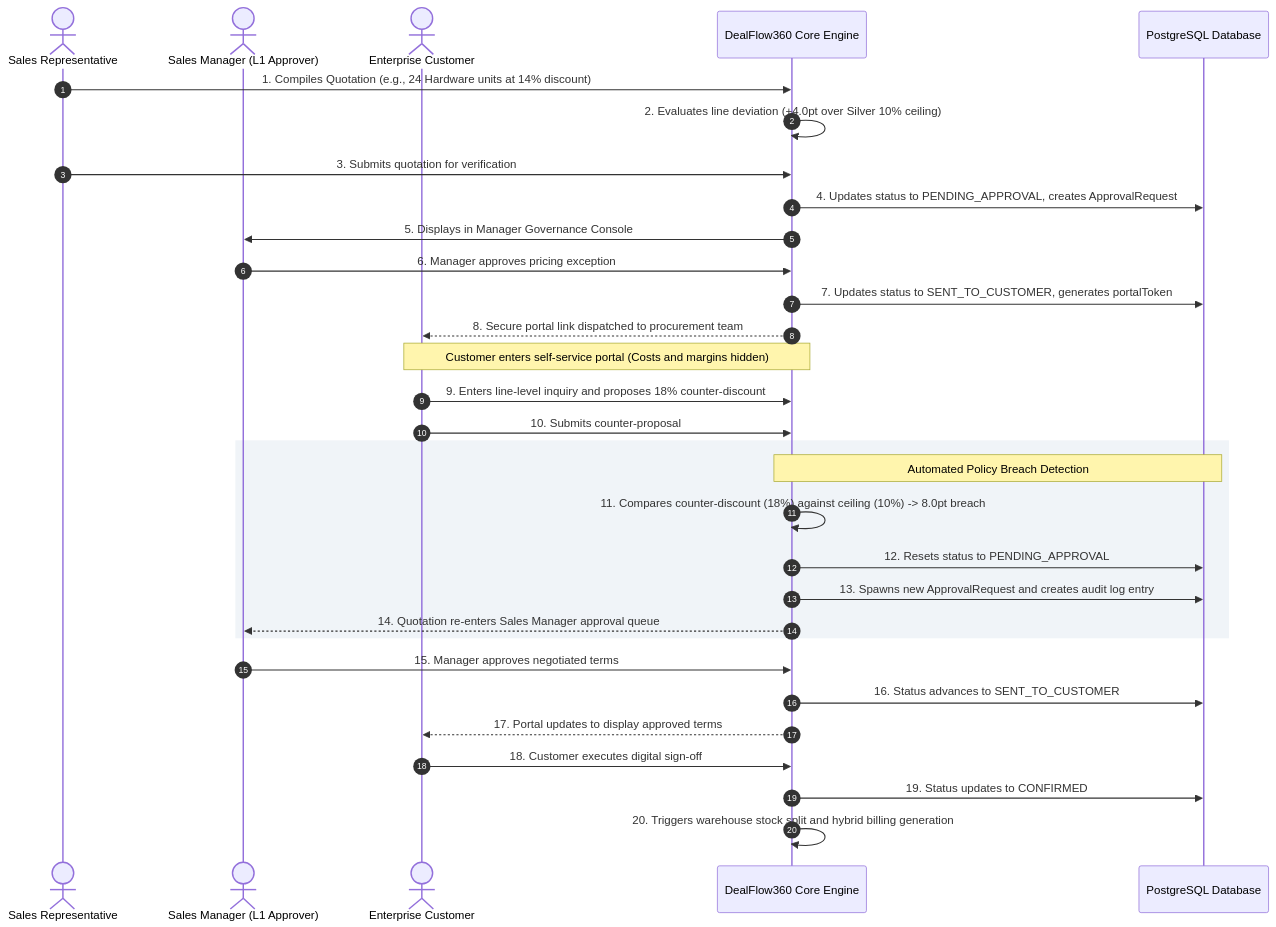
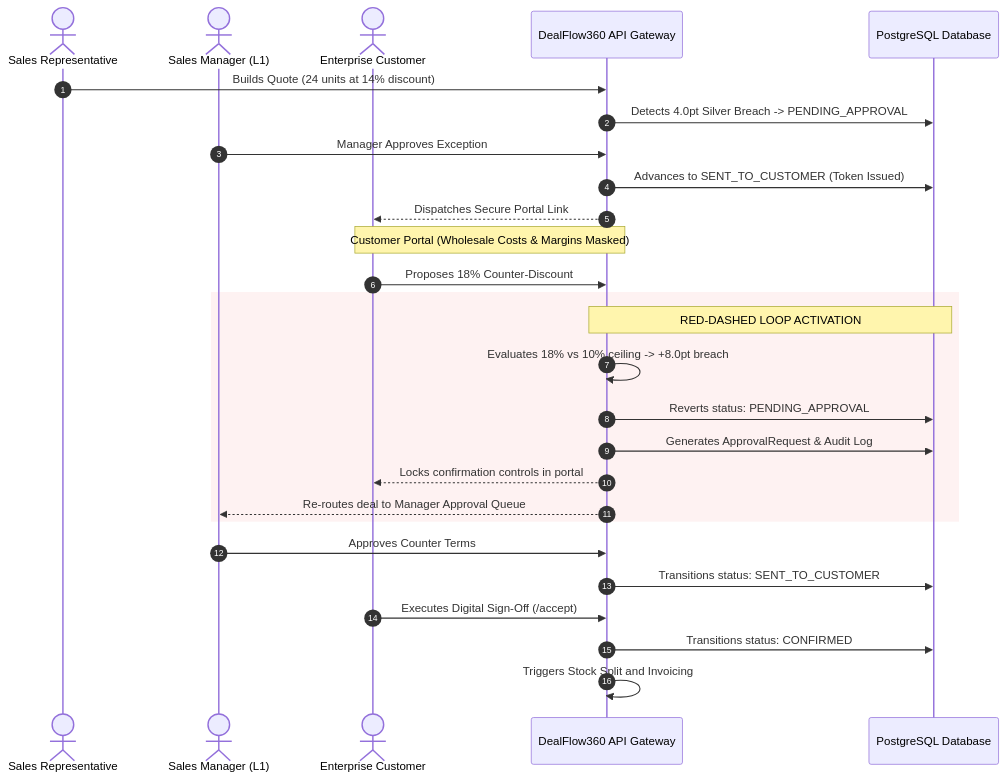
One commit to SyncWithRaj/OdooGF changed the second of 3 diagrams in README.md. Above: the diagram before and after it, drawn with Mermaid. The commit also changed other lines of this file and 21 other files, not shown here.

````diff
--- a/README.md
+++ b/README.md
@@ -190,37 +162,33 @@
 ```mermaid
 sequenceDiagram
     autonumber
     actor Rep as Sales Representative
-    actor Mgr as Sales Manager (L1 Approver)
+    actor Mgr as Sales Manager (L1)
     actor Cust as Enterprise Customer
-    participant Engine as DealFlow360 Core Engine
+    participant Core as DealFlow360 API Gateway
     participant DB as PostgreSQL Database
 
-    Rep->>Engine: 1. Compiles Quotation (e.g., 24 Hardware units at 14% discount)
-    Engine->>Engine: 2. Evaluates line deviation (+4.0pt over Silver 10% ceiling)
-    Rep->>Engine: 3. Submits quotation for verification
-    Engine->>DB: 4. Updates status to PENDING_APPROVAL, creates ApprovalRequest
-    Engine->>Mgr: 5. Displays in Manager Governance Console
-    Mgr->>Engine: 6. Manager approves pricing exception
-    Engine->>DB: 7. Updates status to SENT_TO_CUSTOMER, generates portalToken
-    Engine-->>Cust: 8. Secure portal link dispatched to procurement team
-
-    Note over Cust,Engine: Customer enters self-service portal (Costs and margins hidden)
-    Cust->>Engine: 9. Enters line-level inquiry and proposes 18% counter-discount
-    Cust->>Engine: 10. Submits counter-proposal
-
-    rect rgb(240, 244, 248)
-        Note over Engine,DB: Automated Policy Breach Detection
-        Engine->>Engine: 11. Compares counter-discount (18%) against ceiling (10%) -> 8.0pt breach
-        Engine->>DB: 12. Resets status to PENDING_APPROVAL
-        Engine->>DB: 13. Spawns new ApprovalRequest and creates audit log entry
-        Engine-->>Mgr: 14. Quotation re-enters Sales Manager approval queue
+    Rep->>Core: Builds Quote (24 units at 14% discount)
+    Core->>DB: Detects 4.0pt Silver Breach -> PENDING_APPROVAL
+    Mgr->>Core: Manager Approves Exception
+    Core->>DB: Advances to SENT_TO_CUSTOMER (Token Issued)
+    Core-->>Cust: Dispatches Secure Portal Link
+    
+    Note over Cust,Core: Customer Portal (Wholesale Costs & Margins Masked)
+    Cust->>Core: Proposes 18% Counter-Discount
+    
+    rect rgb(254, 242, 242)
+        Note over Core,DB: RED-DASHED LOOP ACTIVATION
+        Core->>Core: Evaluates 18% vs 10% ceiling -> +8.0pt breach
+        Core->>DB: Reverts status: PENDING_APPROVAL
+        Core->>DB: Generates ApprovalRequest & Audit Log
+        Core-->>Cust: Locks confirmation controls in portal
+        Core-->>Mgr: Re-routes deal to Manager Approval Queue
     end
-
-    Mgr->>Engine: 15. Manager approves negotiated terms
-    Engine->>DB: 16. Status advances to SENT_TO_CUSTOMER
-    Engine-->>Cust: 17. Portal updates to display approved terms
-    Cust->>Engine: 18. Customer executes digital sign-off
-    Engine->>DB: 19. Status updates to CONFIRMED
-    Engine->>Engine: 20. Triggers warehouse stock split and hybrid billing generation
+    
+    Mgr->>Core: Approves Counter Terms
+    Core->>DB: Transitions status: SENT_TO_CUSTOMER
+    Cust->>Core: Executes Digital Sign-Off (/accept)
+    Core->>DB: Transitions status: CONFIRMED
+    Core->>Core: Triggers Stock Split and Invoicing
 ```
````
